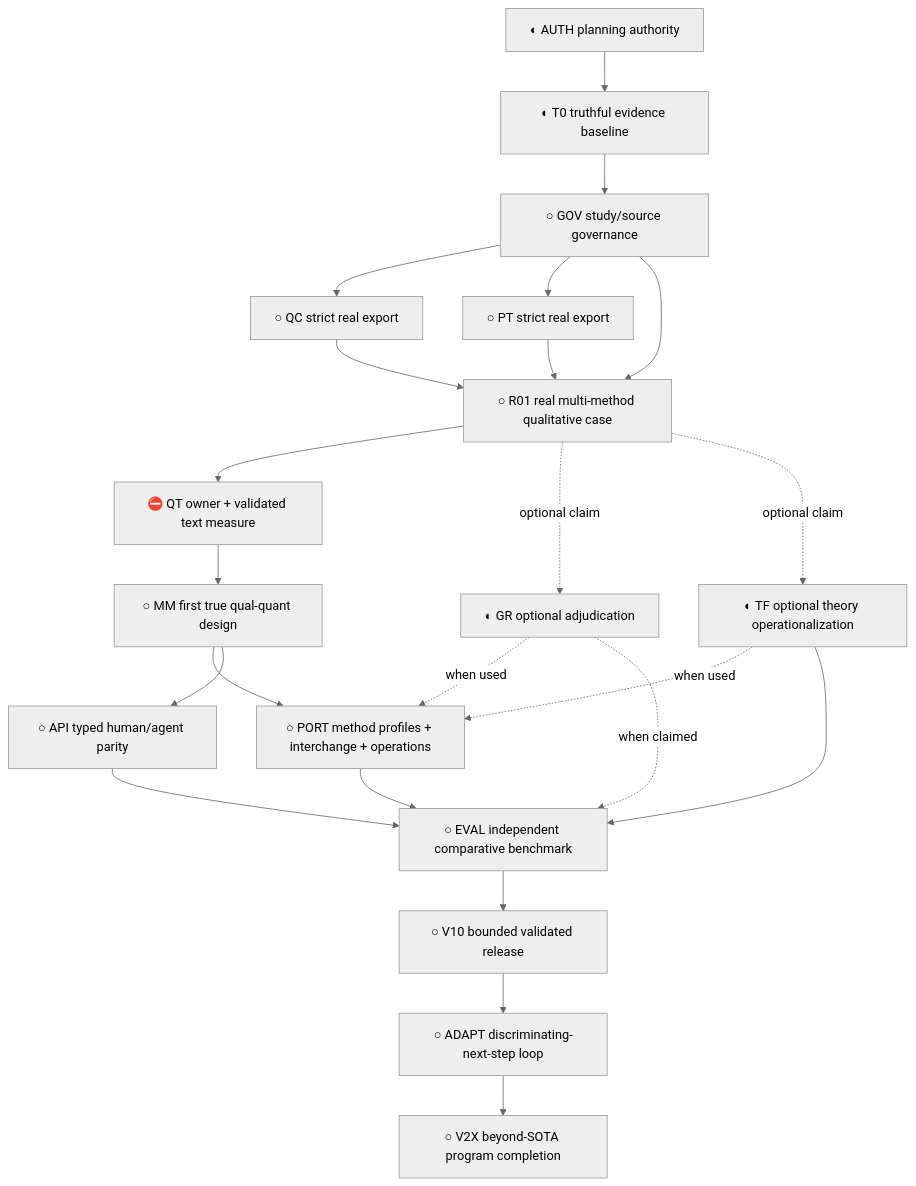
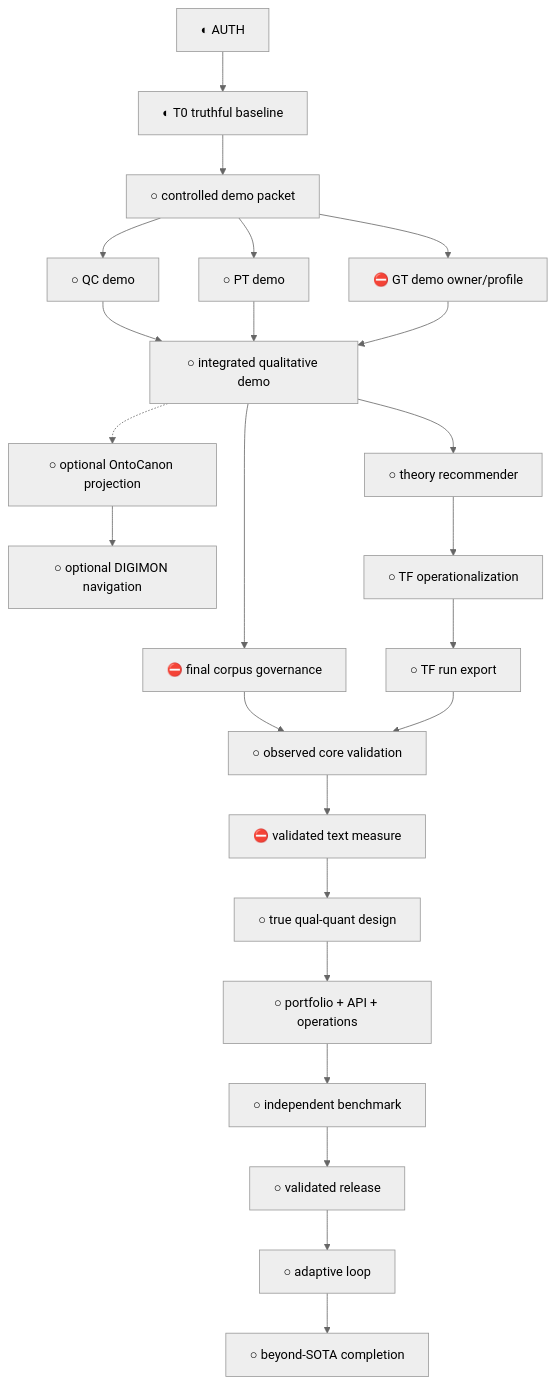
Before and after one commit to BrianMills2718/mixed_methods_workbench: the diagram in plan/goals/2026-07-12-sota-or-beyond.md, drawn with Mermaid (neutral theme). The commit also changed other lines of this file and 10 other files, not shown here.

Commit message:
docs: adopt demo-first mixed-methods roadmap

````diff
--- a/plan/goals/2026-07-12-sota-or-beyond.md
+++ b/plan/goals/2026-07-12-sota-or-beyond.md
@@ -82,42 +89,18 @@
 ```mermaid
 flowchart TD
-  AUTH["◐ AUTH planning authority"]
-  T0["◐ T0 truthful evidence baseline"]
-  GOV["○ GOV study/source governance"]
-  QC["○ QC strict real export"]
-  PT["○ PT strict real export"]
-  R01["○ R01 real multi-method qualitative case"]
-  QT["⛔ QT owner + validated text measure"]
-  MM["○ MM first true qual-quant design"]
-  GR["◐ GR optional adjudication"]
-  TF["◐ TF optional theory operationalization"]
-  PORT["○ PORT method profiles + interchange + operations"]
-  API["○ API typed human/agent parity"]
-  EVAL["○ EVAL independent comparative benchmark"]
-  ADAPT["○ ADAPT discriminating-next-step loop"]
-  V10["○ V10 bounded validated release"]
-  V2X["○ V2X beyond-SOTA program completion"]
-
-  AUTH --> T0
-  T0 --> GOV
-  GOV --> QC
-  GOV --> PT
-  GOV --> R01
-  QC --> R01
-  PT --> R01
-  R01 --> QT
-  QT --> MM
-  R01 -. "optional claim" .-> GR
-  R01 -. "optional claim" .-> TF
-  MM --> PORT
-  MM --> API
-  GR -. "when used" .-> PORT
-  TF -. "when used" .-> PORT
-  PORT --> EVAL
-  API --> EVAL
-  TF --> EVAL
-  GR -. "when claimed" .-> EVAL
-  EVAL --> V10
-  V10 --> ADAPT
-  ADAPT --> V2X
+  AUTH["◐ AUTH"] --> T0["◐ T0 truthful baseline"]
+  T0 --> DEMO["○ controlled demo packet"]
+  DEMO --> QC["○ QC demo"]
+  DEMO --> PT["○ PT demo"]
+  DEMO --> GT["⛔ GT demo owner/profile"]
+  QC --> CORE["○ integrated qualitative demo"]
+  PT --> CORE
+  GT --> CORE
+  CORE -.-> OC["○ optional OntoCanon projection"] --> DIG["○ optional DIGIMON navigation"]
+  CORE --> REC["○ theory recommender"] --> TFS["○ TF operationalization"] --> TFR["○ TF run export"]
+  CORE --> GOV["⛔ final corpus governance"] --> COREV["○ observed core validation"]
+  TFR --> COREV
+  COREV --> QT["⛔ validated text measure"] --> MM["○ true qual-quant design"]
+  MM --> PORT["○ portfolio + API + operations"] --> EVAL["○ independent benchmark"] --> V10["○ validated release"]
+  V10 --> ADAPT["○ adaptive loop"] --> V2X["○ beyond-SOTA completion"]
 ```
````
